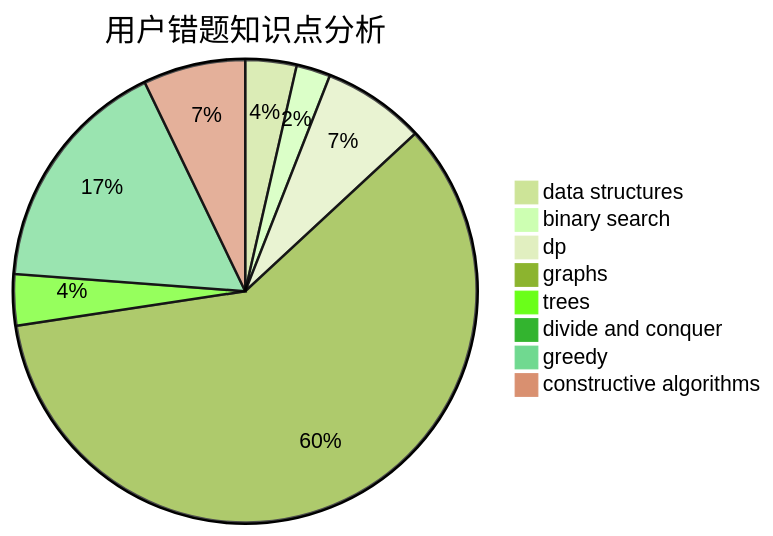
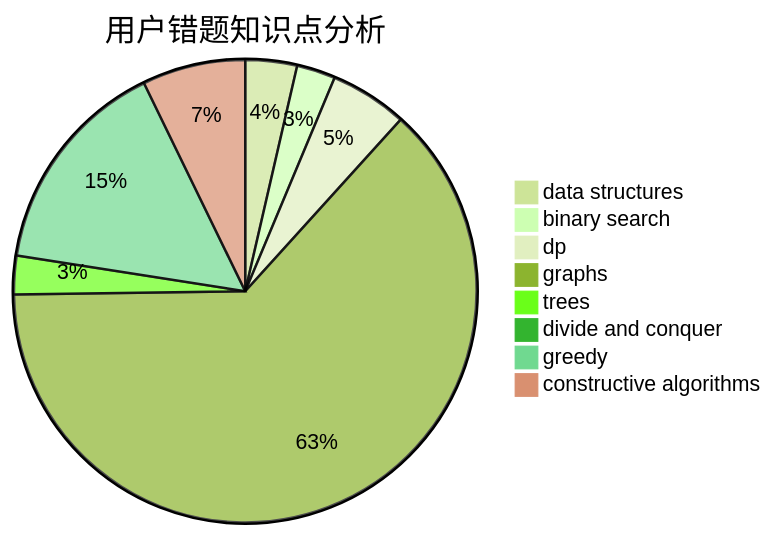
The third of 3 diagrams in docs/user/u2545.md (sherpahu/cfrs.github.io), drawn with Mermaid (forest theme) before and after one commit. The commit also changed other lines of this file and 2770 other files, not shown here.

````diff
--- a/docs/user/u2545.md
+++ b/docs/user/u2545.md
@@ -36,11 +36,11 @@
 ```mermaid
 pie title 用户错题知识点分析
-    "data structures" :  3
-    "binary search" :  2
+    "data structures" :  4
+    "binary search" :  3
     "dp" :  6
-    "graphs" :  50
+    "graphs" :  70
     "trees" :  3
-    "divide and conquer" :  0
-    "greedy" :  14
-    "constructive algorithms" :  6
+    "divide and conquer" :  1
+    "greedy" :  17
+    "constructive algorithms" :  8
 ```
````
